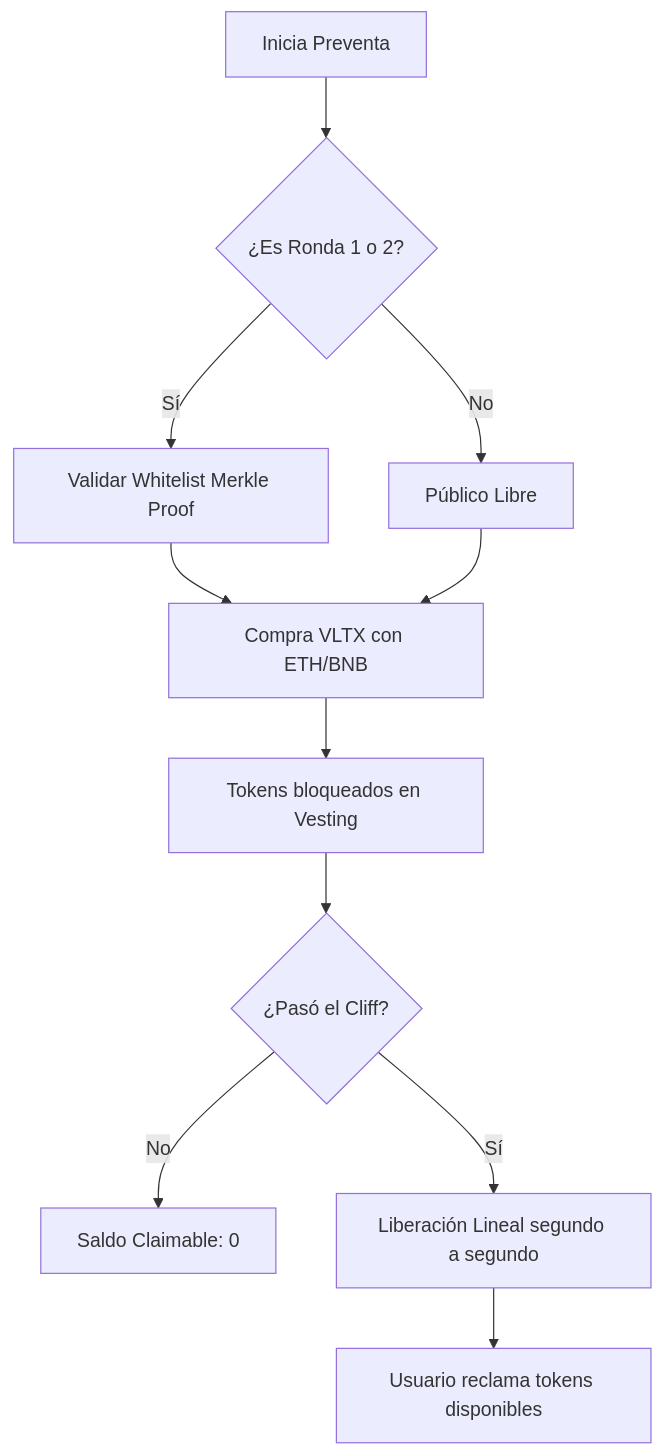
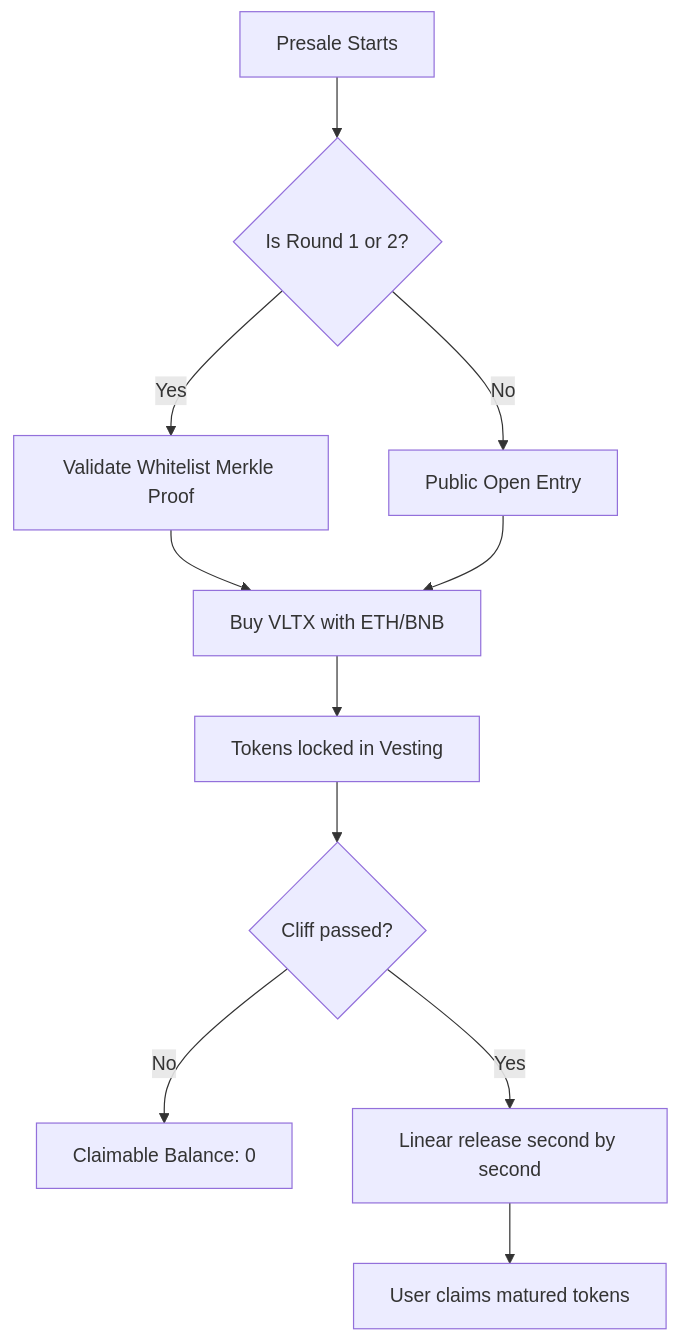
The first of 2 diagrams in DOCUMENTATION.md (yeihernandez9/vaultx-dapp-project), drawn with Mermaid before and after one commit. The commit also changed other lines of this file and 2 other files, not shown here.

````diff
--- a/DOCUMENTATION.md
+++ b/DOCUMENTATION.md
@@ -92,13 +92,13 @@
 ```mermaid
 graph TD
-    A[Inicia Preventa] --> B{¿Es Ronda 1 o 2?}
-    B -- Sí --> C[Validar Whitelist Merkle Proof]
-    B -- No --> D[Público Libre]
-    C --> E[Compra VLTX con ETH/BNB]
+    A[Presale Starts] --> B{Is Round 1 or 2?}
+    B -- Yes --> C[Validate Whitelist Merkle Proof]
+    B -- No --> D[Public Open Entry]
+    C --> E[Buy VLTX with ETH/BNB]
     D --> E
-    E --> F[Tokens bloqueados en Vesting]
-    F --> G{¿Pasó el Cliff?}
-    G -- No --> H[Saldo Claimable: 0]
-    G -- Sí --> I[Liberación Lineal segundo a segundo]
-    I --> J[Usuario reclama tokens disponibles]
+    E --> F[Tokens locked in Vesting]
+    F --> G{Cliff passed?}
+    G -- No --> H[Claimable Balance: 0]
+    G -- Yes --> I[Linear release second by second]
+    I --> J[User claims matured tokens]
 ```
````
